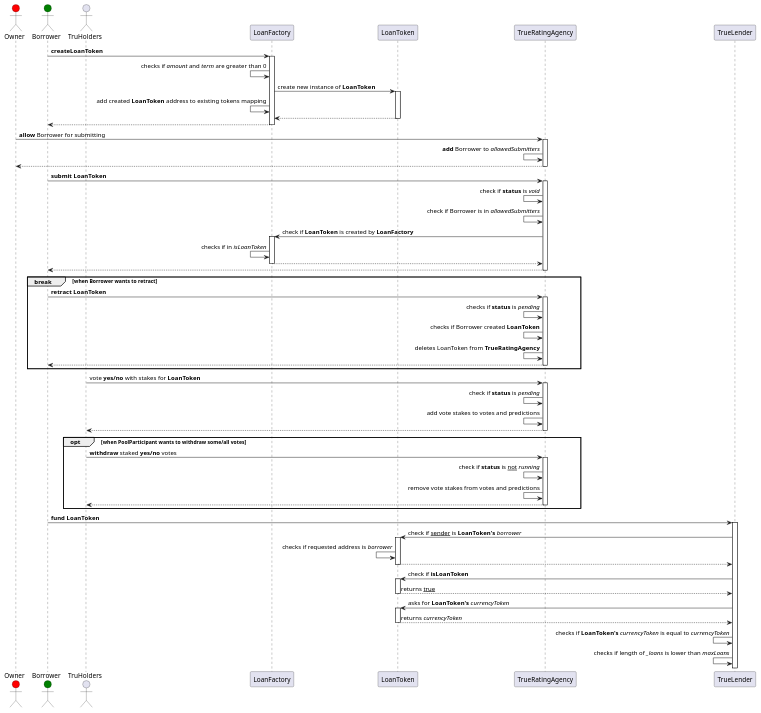
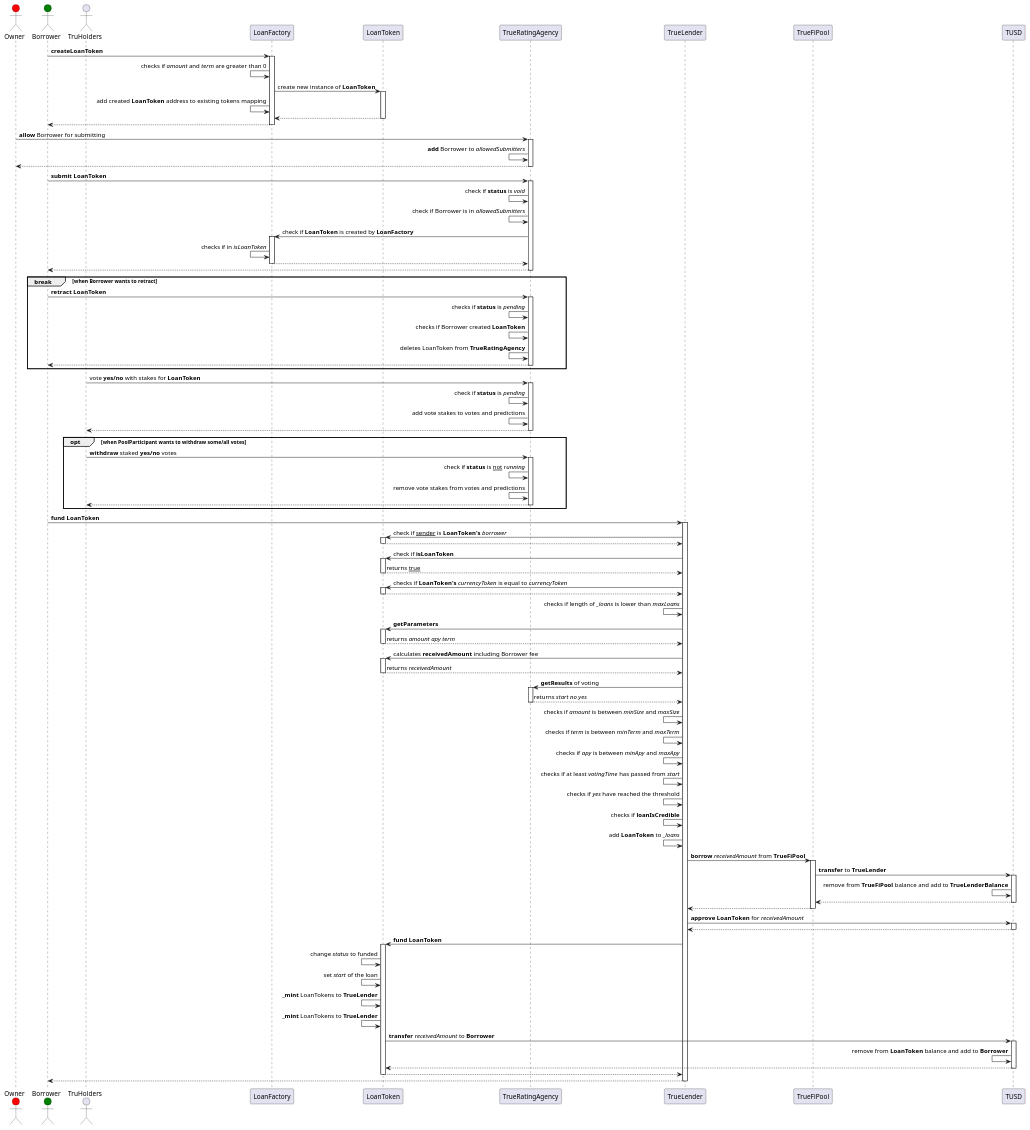
One commit to yuchennil/smart-contracts changed the diagram in contracts/truefi/docs/loanFlow_sequence.puml. Above: the diagram before and after it, drawn with PlantUML. The commit also changed 2 other files, not shown here.

Commit message:
Add fund to loanFlow

```diff
--- a/contracts/truefi/docs/loanFlow_sequence.puml
+++ b/contracts/truefi/docs/loanFlow_sequence.puml
@@ -1,90 +1,145 @@
 @startuml joiningPool
 actor Owner #Red
 actor Borrower #Green
 actor TruHolders
 
 Borrower -> LoanFactory : **createLoanToken**
 activate LoanFactory
 LoanFactory <- LoanFactory : checks if //amount// and //term// are greater than 0
 
 LoanFactory -> LoanToken : create new instance of **LoanToken**
 activate LoanToken
 LoanFactory <- LoanFactory : add created **LoanToken** address to existing tokens mapping
 LoanFactory <-- LoanToken
 deactivate LoanToken
 
 Borrower <-- LoanFactory
 deactivate LoanFactory
 
 Owner -> TrueRatingAgency : **allow** Borrower for submitting
 activate TrueRatingAgency
 TrueRatingAgency <- TrueRatingAgency : **add** Borrower to //allowedSubmitters//
 Owner <-- TrueRatingAgency
 deactivate TrueRatingAgency
 
 Borrower -> TrueRatingAgency : **submit** **LoanToken**
 activate TrueRatingAgency
 TrueRatingAgency <- TrueRatingAgency : check if **status** is //void//
 TrueRatingAgency <- TrueRatingAgency : check if Borrower is in //allowedSubmitters//
 
 TrueRatingAgency -> LoanFactory : check if **LoanToken** is created by **LoanFactory**
 activate LoanFactory
 LoanFactory <- LoanFactory : checks if in //isLoanToken//
 TrueRatingAgency <-- LoanFactory
 deactivate LoanFactory
 
 Borrower <-- TrueRatingAgency
 deactivate TrueRatingAgency
 
 break when Borrower wants to retract
     Borrower -> TrueRatingAgency : **retract** **LoanToken**
     activate TrueRatingAgency
     TrueRatingAgency <- TrueRatingAgency : checks if **status** is //pending//
     TrueRatingAgency <- TrueRatingAgency : checks if Borrower created **LoanToken**
     TrueRatingAgency <- TrueRatingAgency : deletes LoanToken from **TrueRatingAgency**
     Borrower <-- TrueRatingAgency
     deactivate TrueRatingAgency
     end
 
 TruHolders -> TrueRatingAgency : vote **yes/no** with stakes for **LoanToken**
 activate TrueRatingAgency
 TrueRatingAgency <- TrueRatingAgency : check if **status** is //pending//
 TrueRatingAgency <- TrueRatingAgency : add vote stakes to votes and predictions
 TruHolders <-- TrueRatingAgency
 deactivate TrueRatingAgency
 
 opt when PoolParticipant wants to withdraw some/all votes
     TruHolders -> TrueRatingAgency : **withdraw** staked **yes/no** votes
     activate TrueRatingAgency
     TrueRatingAgency <- TrueRatingAgency : check if **status** is __not__ //running//
     TrueRatingAgency <- TrueRatingAgency : remove vote stakes from votes and predictions
     TruHolders <-- TrueRatingAgency
     deactivate TrueRatingAgency
     end
 
 Borrower -> TrueLender : **fund** **LoanToken**
 activate TrueLender
 
 TrueLender -> LoanToken : check if __sender__ is **LoanToken's** //borrower//
 activate LoanToken
-LoanToken <- LoanToken : checks if requested address is //borrower//
 TrueLender <-- LoanToken
 deactivate LoanToken
 
 TrueLender -> LoanToken : check if **isLoanToken**
 activate LoanToken
 TrueLender <-- LoanToken : returns __true__
 deactivate LoanToken
 
-TrueLender -> LoanToken : asks for **LoanToken's** //currencyToken//
+TrueLender -> LoanToken : checks if **LoanToken's** //currencyToken// is equal to //currencyToken//
 activate LoanToken
-TrueLender <-- LoanToken : returns //currencyToken//
+TrueLender <-- LoanToken
 deactivate LoanToken
-TrueLender <- TrueLender : checks if **LoanToken's** //currencyToken// is equal to //currencyToken//
 
 TrueLender <- TrueLender : checks if length of //_loans// is lower than //maxLoans//
 
+TrueLender -> LoanToken : **getParameters**
+activate LoanToken
+TrueLender <-- LoanToken : returns //amount apy term//
+deactivate LoanToken
 
+TrueLender -> LoanToken : calculates **receivedAmount** including Borrower fee
+activate LoanToken
+TrueLender <-- LoanToken : returns //receivedAmount//
+deactivate LoanToken
 
+TrueLender -> TrueRatingAgency : **getResults** of voting
+activate TrueRatingAgency
+TrueLender <-- TrueRatingAgency : returns //start no yes//
+deactivate TrueRatingAgency
+
+TrueLender <- TrueLender : checks if //amount// is between //minSize// and //maxSize//
+TrueLender <- TrueLender : checks if //term// is between //minTerm// and //maxTerm//
+TrueLender <- TrueLender : checks if //apy// is between //minApy// and //maxApy//
+TrueLender <- TrueLender : checks if at least //votingTime// has passed from //start//
+TrueLender <- TrueLender : checks if //yes// have reached the threshold
+TrueLender <- TrueLender : checks if **loanIsCredible**
+
+TrueLender <- TrueLender : add **LoanToken** to //_loans//
+
+TrueLender -> TrueFiPool : **borrow** //receivedAmount// from **TrueFiPool**
+activate TrueFiPool
+
+TrueFiPool -> TUSD : **transfer** to **TrueLender**
+activate TUSD
+TUSD <- TUSD : remove from **TrueFiPool** balance and add to **TrueLenderBalance**
+TrueFiPool <-- TUSD
+deactivate TUSD
+
+TrueLender <-- TrueFiPool
+deactivate TrueFiPool
+
+TrueLender -> TUSD : **approve** **LoanToken** for //receivedAmount//
+activate TUSD
+TrueLender <-- TUSD
+deactivate TUSD
+
+TrueLender -> LoanToken : **fund** **LoanToken**
+activate LoanToken
+LoanToken <- LoanToken : change //status// to funded
+LoanToken <- LoanToken : set //start// of the loan
+LoanToken <- LoanToken : **_mint** LoanTokens to **TrueLender**
+LoanToken <- LoanToken : **_mint** LoanTokens to **TrueLender**
+
+LoanToken -> TUSD : **transfer** //receivedAmount// to **Borrower**
+activate TUSD
+TUSD <- TUSD : remove from **LoanToken** balance and add to **Borrower**
+LoanToken <-- TUSD
+deactivate TUSD
+
+TrueLender <-- LoanToken
+deactivate LoanToken
+
+Borrower <-- TrueLender
+deactivate TrueLender
 
 @enduml
```
